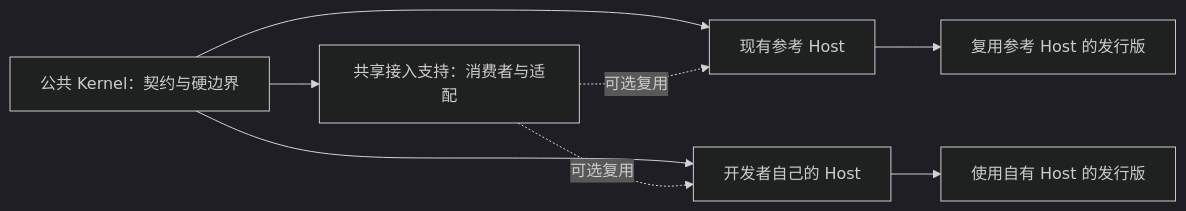
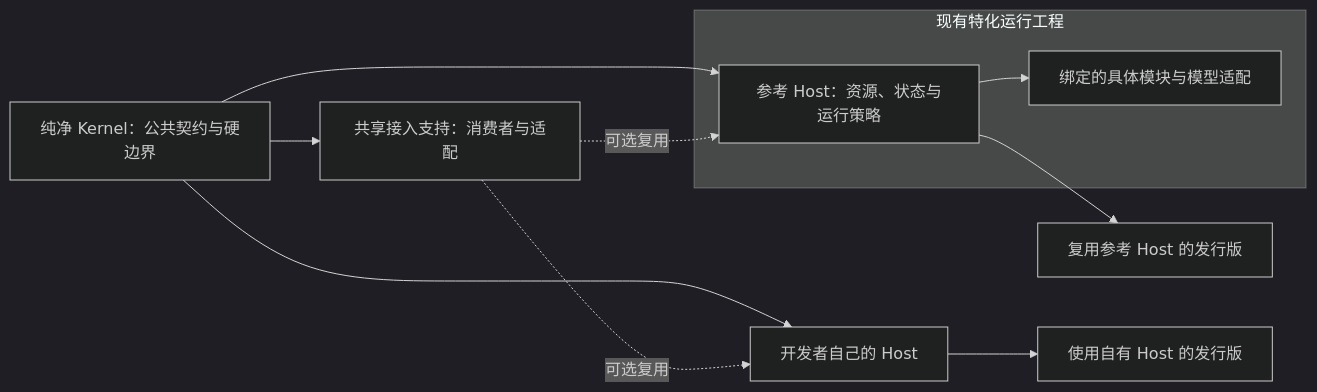
The first of 2 diagrams in handoff/MODULE_MAP_AND_HANDOFF.md (linkaiheng2233-cyber/oclivenewnew), drawn with Mermaid (dark theme) before and after one commit. The commit also changed other lines of this file and 5 other files, not shown here.

````diff
--- a/handoff/MODULE_MAP_AND_HANDOFF.md
+++ b/handoff/MODULE_MAP_AND_HANDOFF.md
@@ -97,10 +99,16 @@
 ```mermaid
 flowchart LR
-  K["公共 Kernel：契约与硬边界"] --> R["现有参考 Host"]
+  K["纯净 Kernel：公共契约与硬边界"]
+  subgraph T["现有特化运行工程"]
+    R["参考 Host：资源、状态与运行策略"]
+    M["绑定的具体模块与模型适配"]
+    R --> M
+  end
+  K --> R
+  R --> D1["复用参考 Host 的发行版"]
   K --> H["开发者自己的 Host"]
-  R --> D1["复用参考 Host 的发行版"]
   H --> D2["使用自有 Host 的发行版"]
   K --> S["共享接入支持：消费者与适配"]
   S -. "可选复用" .-> R
   S -. "可选复用" .-> H
 ```
````
